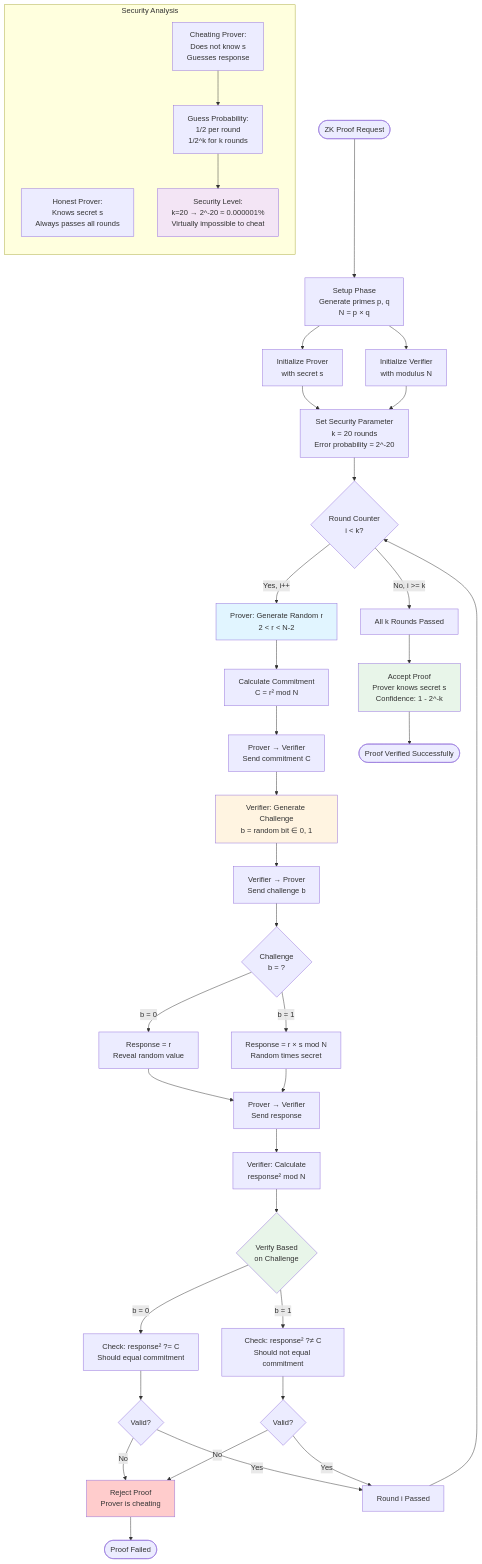
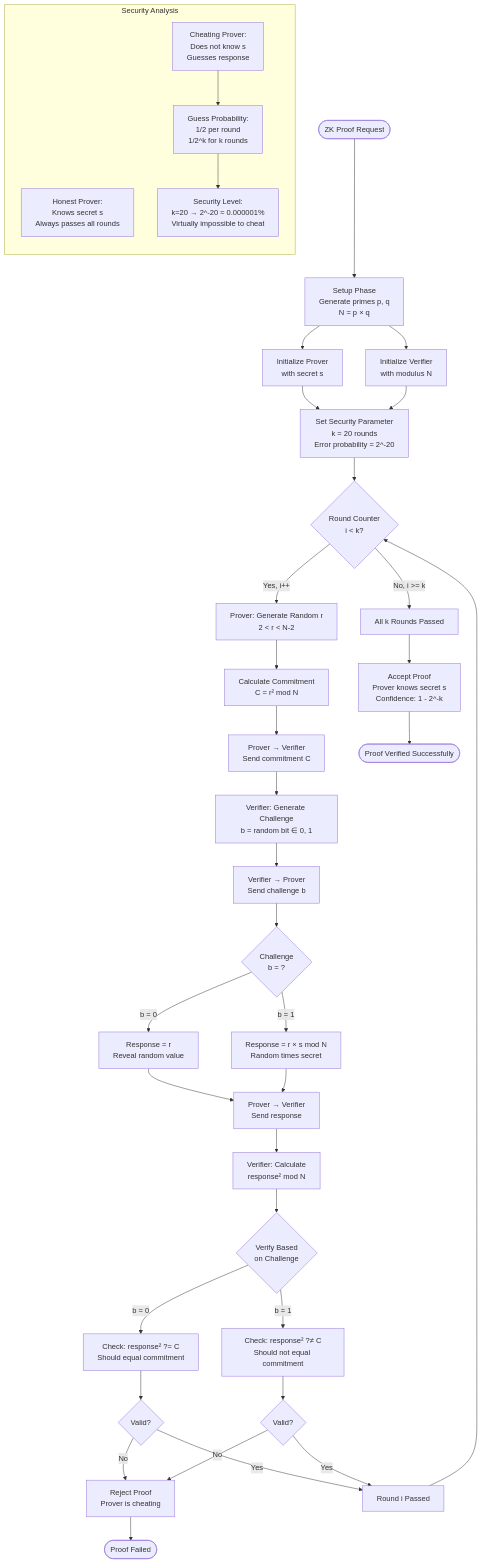
Before and after one commit to kynesyslabs/demos_network_technical_documentation: the seventh of 10 diagrams in cryptography/CRYPTOGRAPHY_SYSTEMS.md, drawn with Mermaid. The commit also changed other lines of this file and 24 other files, not shown here.

````diff
--- a/cryptography/CRYPTOGRAPHY_SYSTEMS.md
+++ b/cryptography/CRYPTOGRAPHY_SYSTEMS.md
@@ -585,74 +557,68 @@
 ```mermaid
 flowchart TD
     Start([ZK Proof Request]) --> Setup[Setup Phase<br/>Generate primes p, q<br/>N = p × q]
 
     Setup --> InitProver[Initialize Prover<br/>with secret s]
     Setup --> InitVerifier[Initialize Verifier<br/>with modulus N]
 
     InitProver --> SetRounds[Set Security Parameter<br/>k = 20 rounds<br/>Error probability = 2^-20]
     InitVerifier --> SetRounds
 
     SetRounds --> Round{Round Counter<br/>i < k?}
 
     Round -->|Yes, i++| GenRandom[Prover: Generate Random r<br/>2 < r < N-2]
 
     GenRandom --> CalcCommitment[Calculate Commitment<br/>C = r² mod N]
 
     CalcCommitment --> SendCommitment[Prover → Verifier<br/>Send commitment C]
 
     SendCommitment --> GenChallenge[Verifier: Generate Challenge<br/>b = random bit ∈ 0, 1]
 
     GenChallenge --> SendChallenge[Verifier → Prover<br/>Send challenge b]
 
     SendChallenge --> CheckChallenge{Challenge<br/>b = ?}
 
     CheckChallenge -->|b = 0| ResponseZero[Response = r<br/>Reveal random value]
     CheckChallenge -->|b = 1| ResponseOne[Response = r × s mod N<br/>Random times secret]
 
     ResponseZero --> SendResponse[Prover → Verifier<br/>Send response]
     ResponseOne --> SendResponse
 
     SendResponse --> VerifyCalc[Verifier: Calculate<br/>response² mod N]
 
     VerifyCalc --> VerifyCheck{Verify Based<br/>on Challenge}
 
     VerifyCheck -->|b = 0| Check0[Check: response² ?= C<br/>Should equal commitment]
     VerifyCheck -->|b = 1| Check1[Check: response² ?≠ C<br/>Should not equal commitment]
 
     Check0 --> IsValid0{Valid?}
     Check1 --> IsValid1{Valid?}
 
     IsValid0 -->|No| Reject[Reject Proof<br/>Prover is cheating]
     IsValid1 -->|No| Reject
 
     IsValid0 -->|Yes| RoundPass[Round i Passed]
     IsValid1 -->|Yes| RoundPass
 
     Reject --> End([Proof Failed])
 
     RoundPass --> Round
 
     Round -->|No, i >= k| AllPassed[All k Rounds Passed]
 
     AllPassed --> AcceptProof[Accept Proof<br/>Prover knows secret s<br/>Confidence: 1 - 2^-k]
 
     AcceptProof --> Success([Proof Verified Successfully])
 
     subgraph "Security Analysis"
         direction TB
         Honest[Honest Prover:<br/>Knows secret s<br/>Always passes all rounds]
         Cheating[Cheating Prover:<br/>Does not know s<br/>Guesses response]
         Probability[Guess Probability:<br/>1/2 per round<br/>1/2^k for k rounds]
         Security[Security Level:<br/>k=20 → 2^-20 ≈ 0.000001%<br/>Virtually impossible to cheat]
 
         Cheating --> Probability
         Probability --> Security
     end
 
-    style GenRandom fill:#e1f5ff
-    style GenChallenge fill:#fff4e1
-    style VerifyCheck fill:#e8f5e9
-    style AcceptProof fill:#e8f5e9
-    style Reject fill:#ffcccc
-    style Security fill:#f3e5f5
 ```
````
